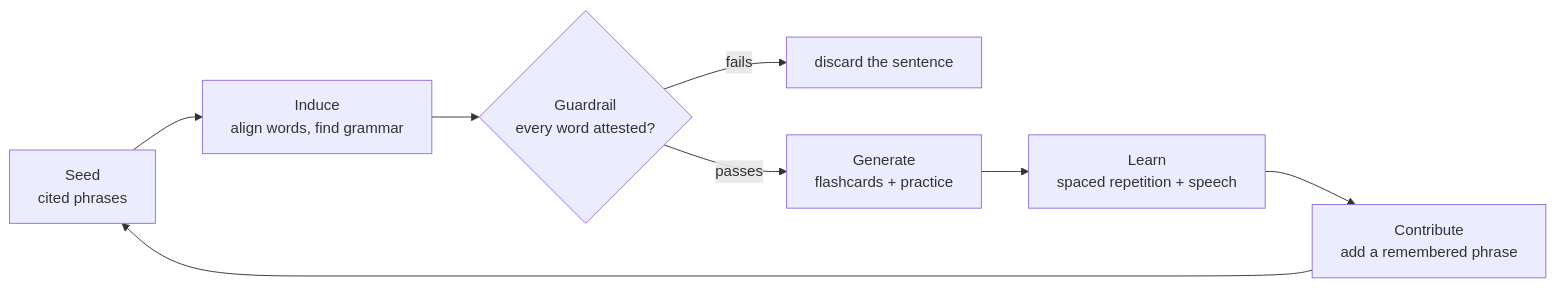
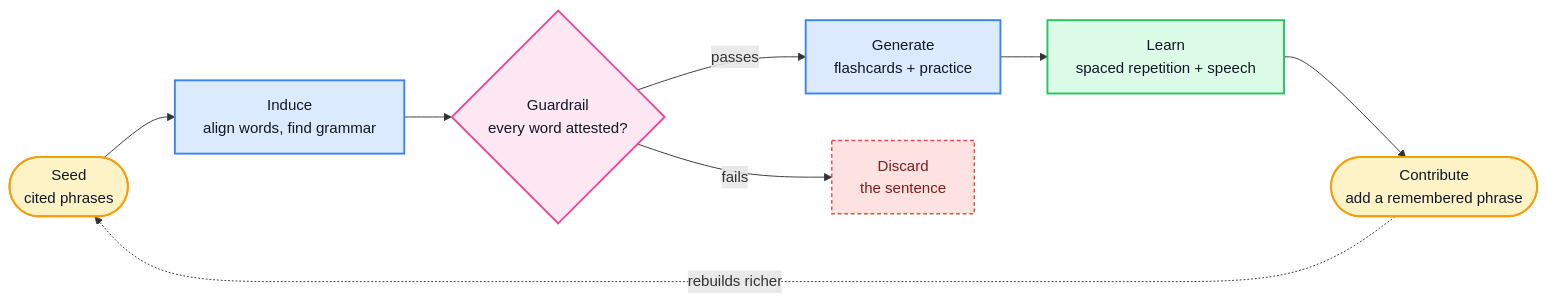
Before and after one commit to areebhirani-beep/lantern: the diagram in README.md, drawn with Mermaid.

Commit message:
Improve "How it works" flowchart: color-coded shapes and clearer flow
Replace the flat all-blue Mermaid chart with distinct, color-coded
node types (stadium terminators for Seed/Contribute, rectangles for
process steps, a highlighted guardrail diamond, a dashed red discard
sink) and a dashed "rebuilds richer" growth loop. Reorders the
guardrail branches so the main pass-path reads straight across.

````diff
--- a/README.md
+++ b/README.md
@@ -43,10 +43,22 @@
 ```mermaid
 flowchart LR
-    A["Seed<br/>cited phrases"] --> B["Induce<br/>align words, find grammar"]
+    A(["Seed<br/>cited phrases"]) --> B["Induce<br/>align words, find grammar"]
     B --> C{"Guardrail<br/>every word attested?"}
-    C -->|fails| X["discard the sentence"]
     C -->|passes| D["Generate<br/>flashcards + practice"]
+    C -->|fails| X["Discard<br/>the sentence"]
     D --> E["Learn<br/>spaced repetition + speech"]
-    E --> F["Contribute<br/>add a remembered phrase"]
-    F --> A
+    E --> F(["Contribute<br/>add a remembered phrase"])
+    F -. rebuilds richer .-> A
+
+    classDef seed fill:#FEF3C7,stroke:#F59E0B,stroke-width:2px,color:#111827;
+    classDef process fill:#DBEAFE,stroke:#3B82F6,stroke-width:2px,color:#111827;
+    classDef guard fill:#FCE7F3,stroke:#EC4899,stroke-width:2px,color:#111827;
+    classDef learn fill:#DCFCE7,stroke:#22C55E,stroke-width:2px,color:#111827;
+    classDef discard fill:#FEE2E2,stroke:#EF4444,stroke-width:1.5px,color:#7F1D1D,stroke-dasharray:4 3;
+
+    class A,F seed;
+    class B,D process;
+    class C guard;
+    class E learn;
+    class X discard;
 ```
````
